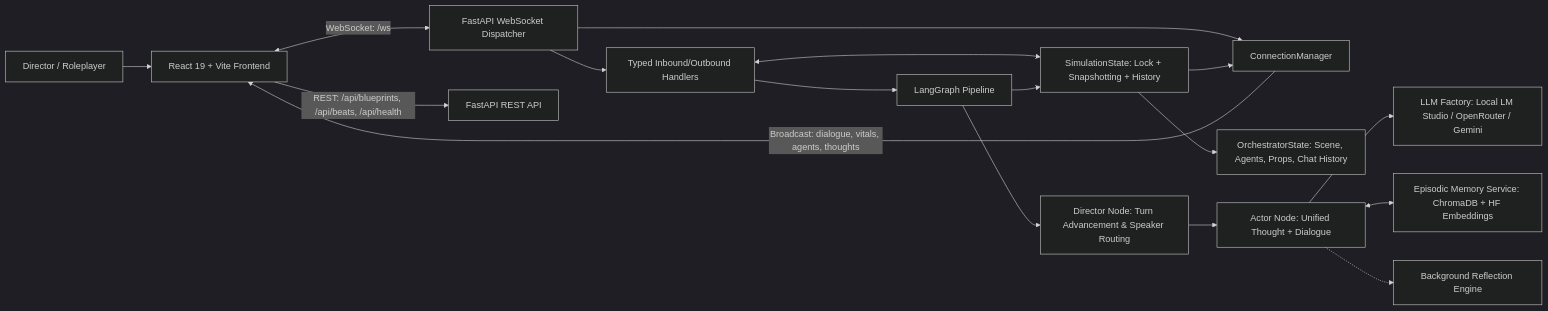
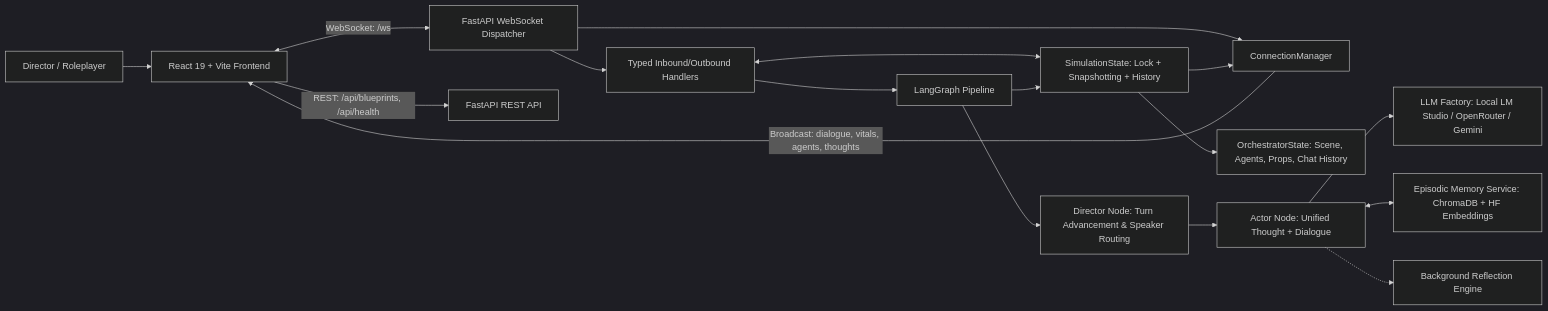
One commit to siddarthaboddu/PersonaPlay-Multi-Agent-AI-Story-Simulation changed the diagram in README.md. Above: the diagram before and after it, drawn with Mermaid (dark theme). The commit also changed other lines of this file and 37 other files, not shown here.

````diff
--- a/README.md
+++ b/README.md
@@ -79,22 +80,22 @@
 ```mermaid
 flowchart LR
     User[Director / Roleplayer] --> UI[React 19 + Vite Frontend]
     UI <-->|WebSocket: /ws| WS[FastAPI WebSocket Dispatcher]
-    UI -->|REST: /api/blueprints, /api/beats, /api/health| API[FastAPI REST API]
+    UI -->|REST: /api/blueprints, /api/health| API[FastAPI REST API]
 
     WS --> CM[ConnectionManager]
     WS --> H[Typed Inbound/Outbound Handlers]
     H <--> S[SimulationState: Lock + Snapshotting + History]
     S --> O[OrchestratorState: Scene, Agents, Props, Chat History]
 
     H --> G[LangGraph Pipeline]
     G --> D[Director Node: Turn Advancement & Speaker Routing]
     D --> A[Actor Node: Unified Thought + Dialogue]
     A --> L[LLM Factory: Local LM Studio / OpenRouter / Gemini]
     A <--> M[Episodic Memory Service: ChromaDB + HF Embeddings]
     A -.-> R[Background Reflection Engine]
 
     G --> S
     S --> CM
     CM -->|Broadcast: dialogue, vitals, agents, thoughts| UI
 ```
````
